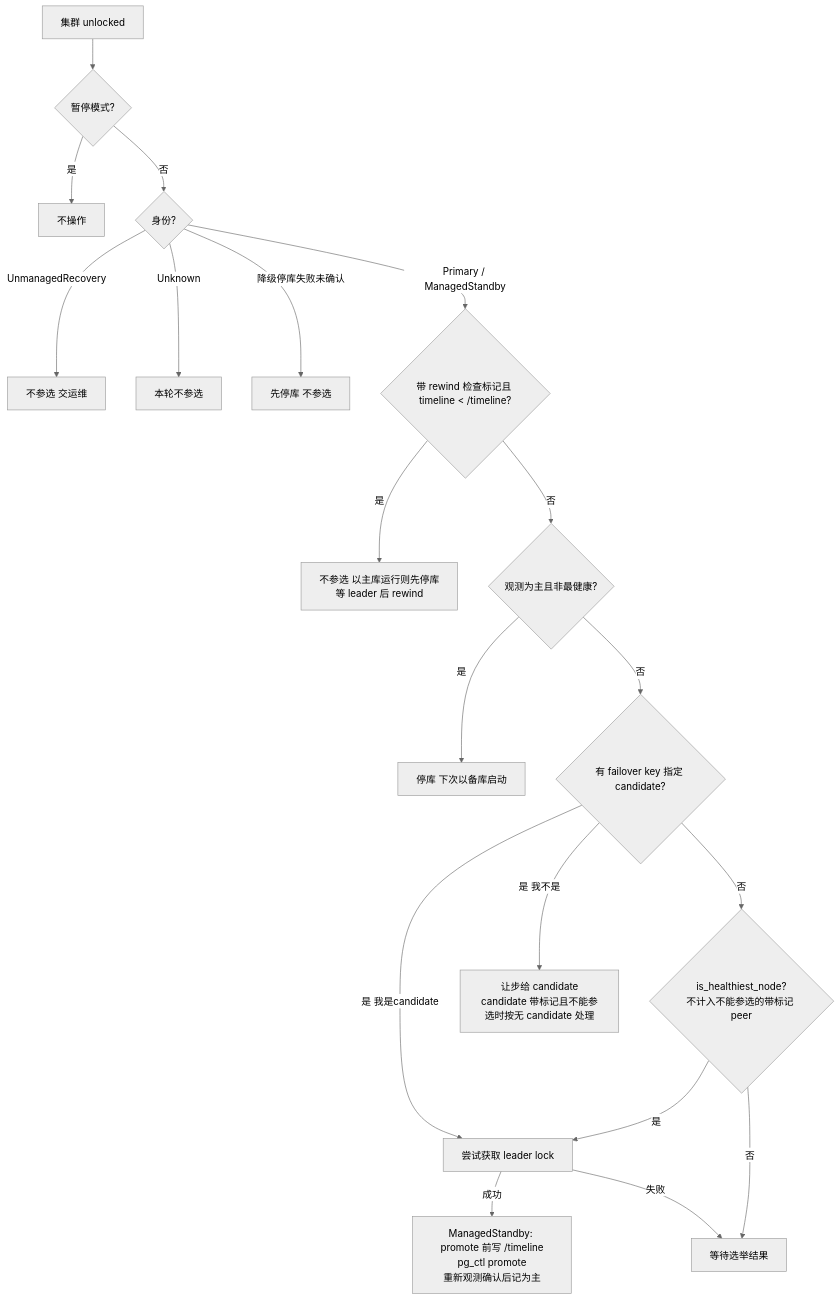
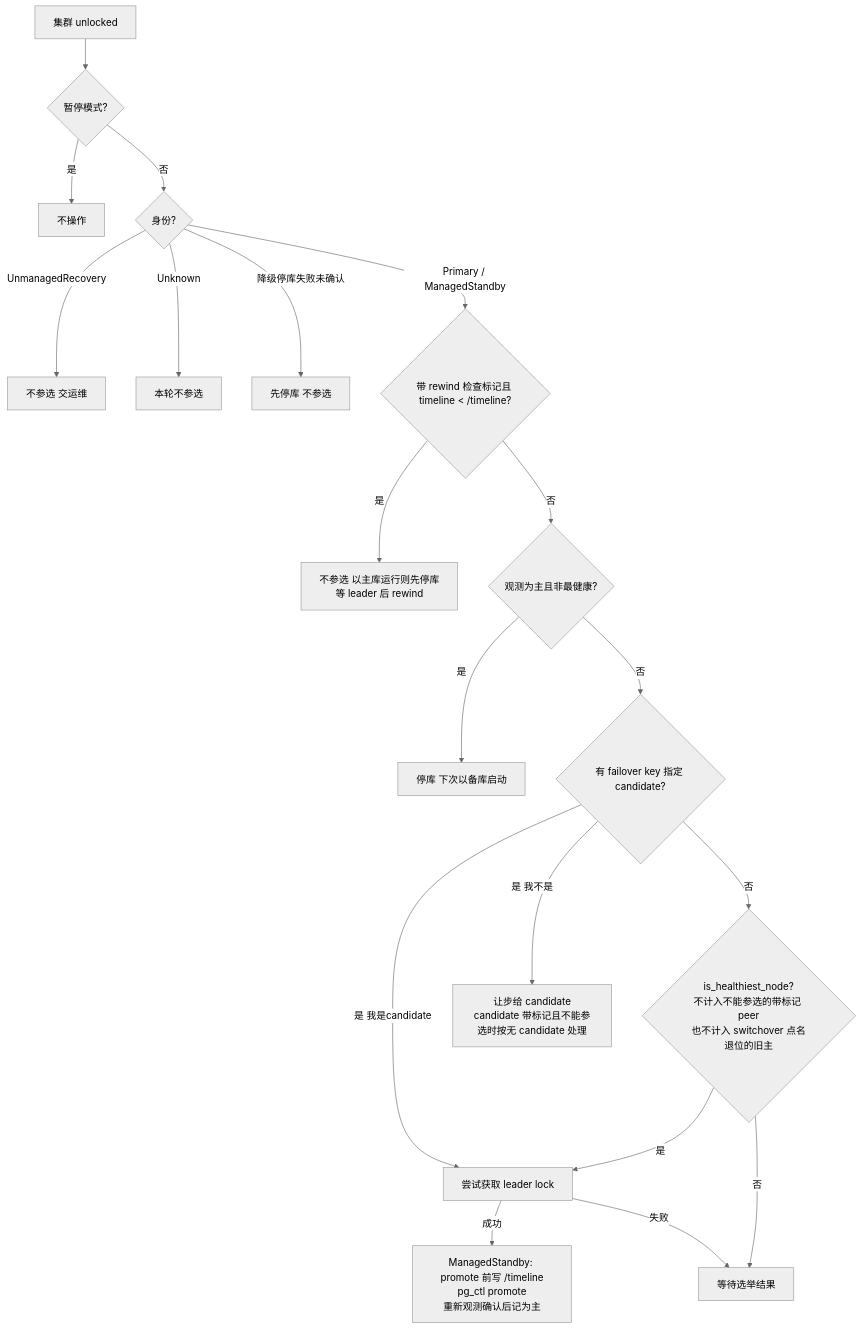
The third of 11 diagrams in docs/pg-ha-architecture.md (seraphico/pg-ha), drawn with Mermaid (neutral theme) before and after one commit. The commit also changed 5 other files, not shown here.

````diff
--- a/docs/pg-ha-architecture.md
+++ b/docs/pg-ha-architecture.md
@@ -56,21 +56,21 @@
 ```mermaid
 flowchart TD
     START[集群 unlocked] --> PAUSE{暂停模式?}
     PAUSE -->|是| NOOP[不操作]
     PAUSE -->|否| IDENT{身份?}
     IDENT -->|UnmanagedRecovery| ASIDE[不参选 交运维]
     IDENT -->|Unknown| SKIP[本轮不参选]
     IDENT -->|降级停库失败未确认| FENCE[先停库 不参选]
     IDENT -->|Primary / ManagedStandby| MARK{带 rewind 检查标记且 timeline < /timeline?}
     MARK -->|是| ASIDE2[不参选 以主库运行则先停库<br/>等 leader 后 rewind]
     MARK -->|否| STALE{观测为主且非最健康?}
     STALE -->|是| STOPSTALE[停库 下次以备库启动]
     STALE -->|否| FAILOVER{有 failover key 指定 candidate?}
     FAILOVER -->|是 我是candidate| ACQUIRE[尝试获取 leader lock]
     FAILOVER -->|是 我不是| DEFER[让步给 candidate<br/>candidate 带标记且不能参选时按无 candidate 处理]
-    FAILOVER -->|否| HEALTH{is_healthiest_node?<br/>不计入不能参选的带标记 peer}
+    FAILOVER -->|否| HEALTH{is_healthiest_node?<br/>不计入不能参选的带标记 peer<br/>也不计入 switchover 点名退位的旧主}
     HEALTH -->|是| ACQUIRE
     HEALTH -->|否| WAIT[等待选举结果]
     ACQUIRE -->|成功| PROMOTE[ManagedStandby: promote 前写 /timeline<br/>pg_ctl promote<br/>重新观测确认后记为主]
     ACQUIRE -->|失败| WAIT
 ```
````
